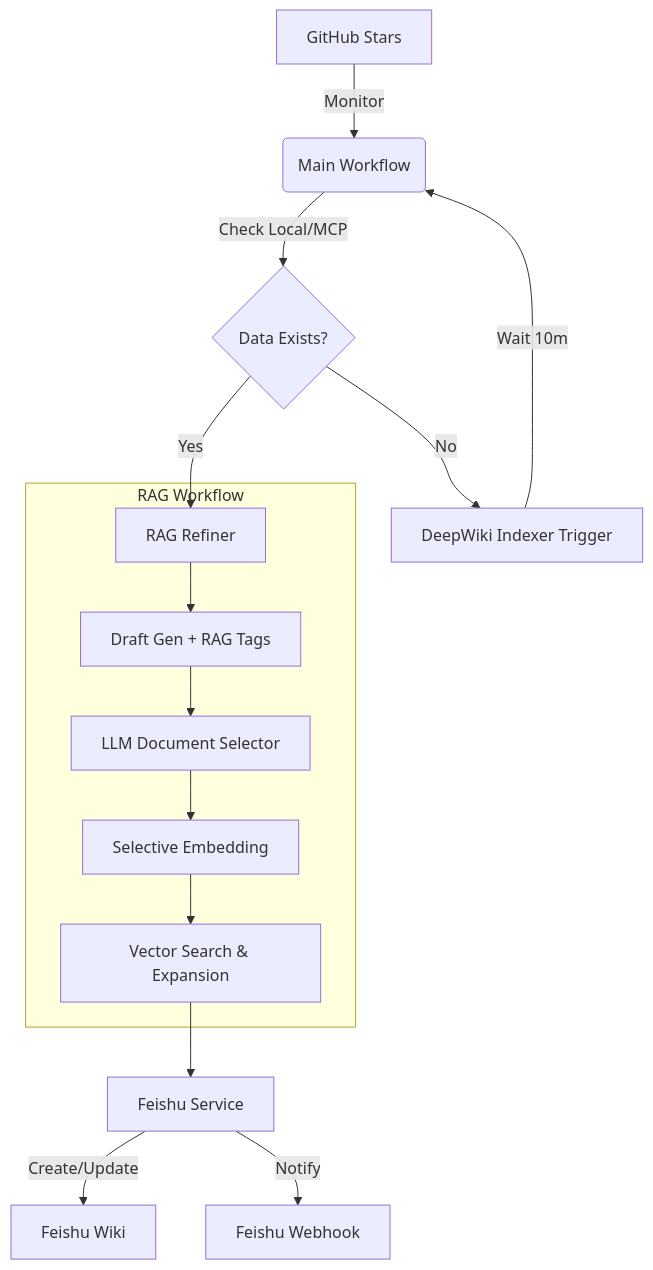
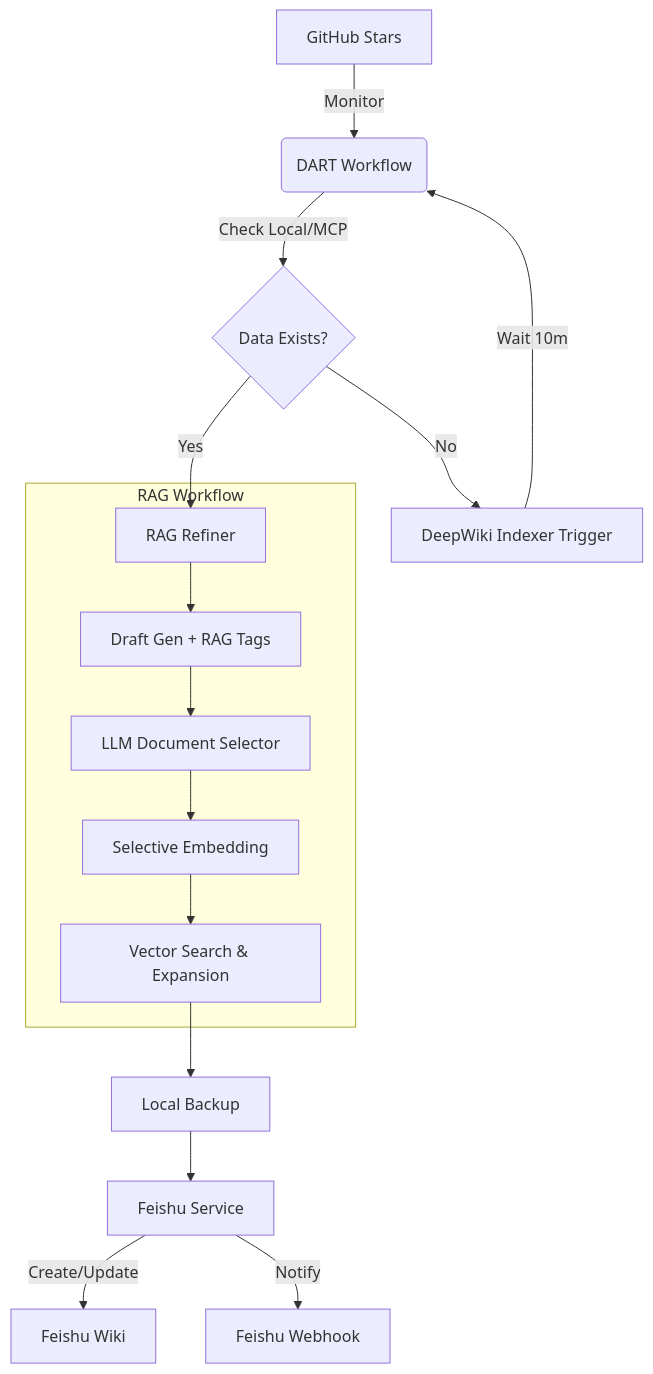
Before and after one commit to YunfanGoForIt/DART: the diagram in README.md, drawn with Mermaid. The commit also changed other lines of this file and 2 other files, not shown here.

````diff
--- a/README.md
+++ b/README.md
@@ -48,19 +59,20 @@
 ```mermaid
 graph TD
-    A[GitHub Stars] -->|Monitor| B(Main Workflow)
+    A[GitHub Stars] -->|Monitor| B(DART Workflow)
     B -->|Check Local/MCP| C{Data Exists?}
     C -->|No| D[DeepWiki Indexer Trigger]
     D -->|Wait 10m| B
     C -->|Yes| E[RAG Refiner]
-    
+
     subgraph RAG Workflow
     E --> E1[Draft Gen + RAG Tags]
     E1 --> E2[LLM Document Selector]
     E2 --> E3[Selective Embedding]
     E3 --> E4[Vector Search & Expansion]
     end
-    
-    E4 --> F[Feishu Service]
-    F -->|Create/Update| G[Feishu Wiki]
-    F -->|Notify| H[Feishu Webhook]
+
+    E4 --> F[Local Backup]
+    F --> G[Feishu Service]
+    G -->|Create/Update| H[Feishu Wiki]
+    G -->|Notify| I[Feishu Webhook]
 ```
````
